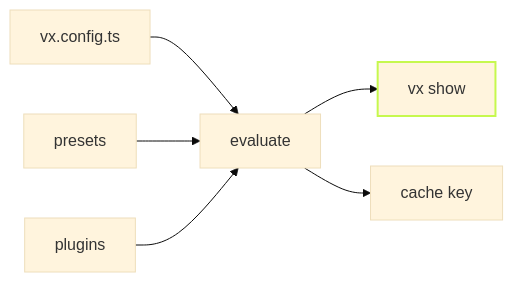
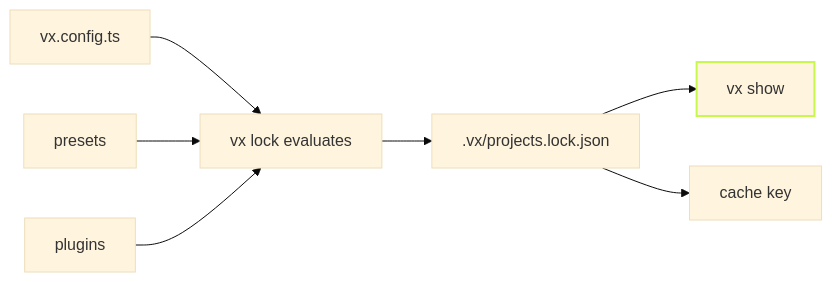
Before and after one commit to vznjs/vx: the diagram in packages/vx-docs/src/content/docs/blog/vx-show.md, drawn with Mermaid (base theme). The commit also changed other lines of this file and 49 other files, not shown here.

````diff
--- a/packages/vx-docs/src/content/docs/blog/vx-show.md
+++ b/packages/vx-docs/src/content/docs/blog/vx-show.md
@@ -46,9 +46,10 @@
 ```mermaid
 flowchart LR
-  SRC["vx.config.ts"] --> EVAL["evaluate"]
+  SRC["vx.config.ts"] --> EVAL["vx lock evaluates"]
   PRE["presets"] --> EVAL
   PLUG["plugins"] --> EVAL
-  EVAL --> SHOW["vx show"]
-  EVAL --> KEY["cache key"]
+  EVAL --> LOCK[".vx/projects.lock.json"]
+  LOCK --> SHOW["vx show"]
+  LOCK --> KEY["cache key"]
   style SHOW stroke:#c6f84e,stroke-width:2px
 ```
````
